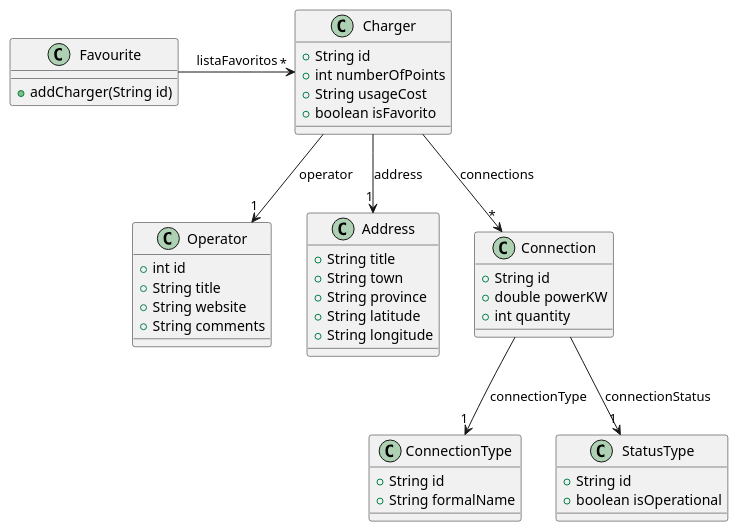
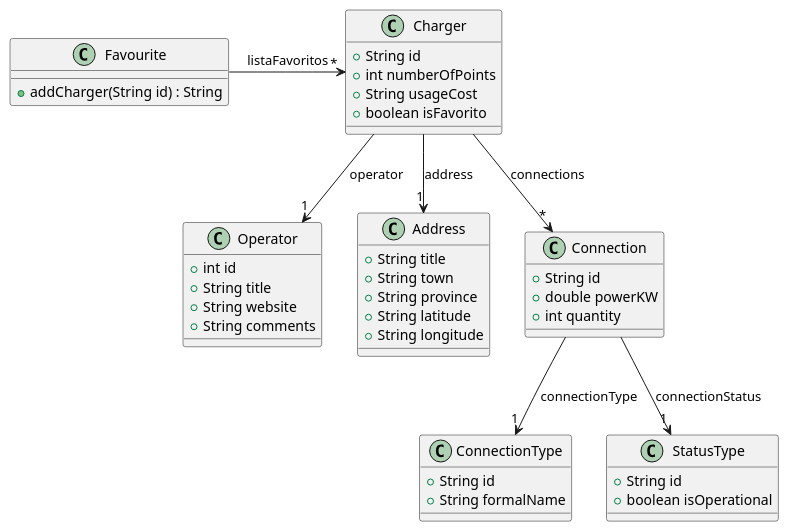
The diagram in Docs/Models/dominio.puml (isunican/App-CarChargers-Grupo2), drawn with PlantUML before and after one commit.

```diff
--- a/Docs/Models/dominio.puml
+++ b/Docs/Models/dominio.puml
@@ -1,55 +1,55 @@
 @startuml dominio
 
 class Charger {
     + String id
     + int numberOfPoints
     + String usageCost
     + boolean isFavorito
 }
 
 class Operator {
     + int id
     + String title
     + String website
     + String comments
 }
 
 class Address {
     + String title
     + String town
     + String province
     + String latitude
     + String longitude
 }
 
 class Favourite {
-    + addCharger(String id)
+    + addCharger(String id) : String
 }
 
 class Connection {
     + String id
     + double powerKW
     + int quantity
 }
 
 class ConnectionType {
     + String id
     + String formalName
 }
 
 class StatusType {
     + String id
     + boolean isOperational
 }
 
 
 Charger -down-> "1" Address : address
 Charger -down-> "1" Operator : operator
 Charger -down-> "*" Connection : connections
 
 Favourite -right-> "*" Charger: listaFavoritos
 
 Connection -down-> "1" ConnectionType : connectionType
 Connection -down-> "1" StatusType : connectionStatus
 
 @enduml
```
